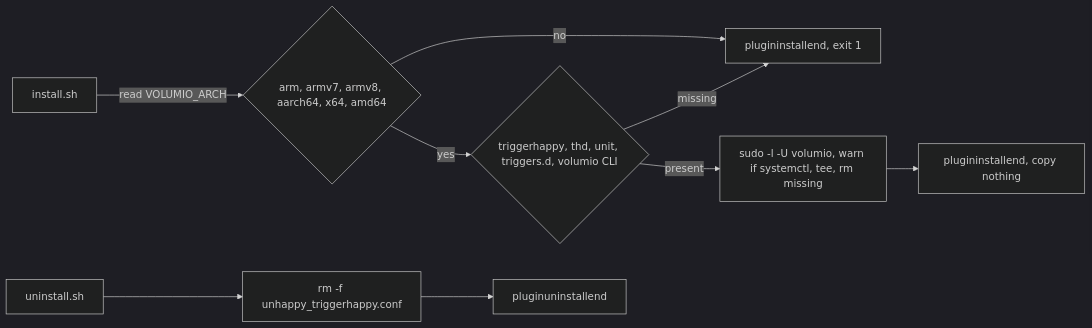
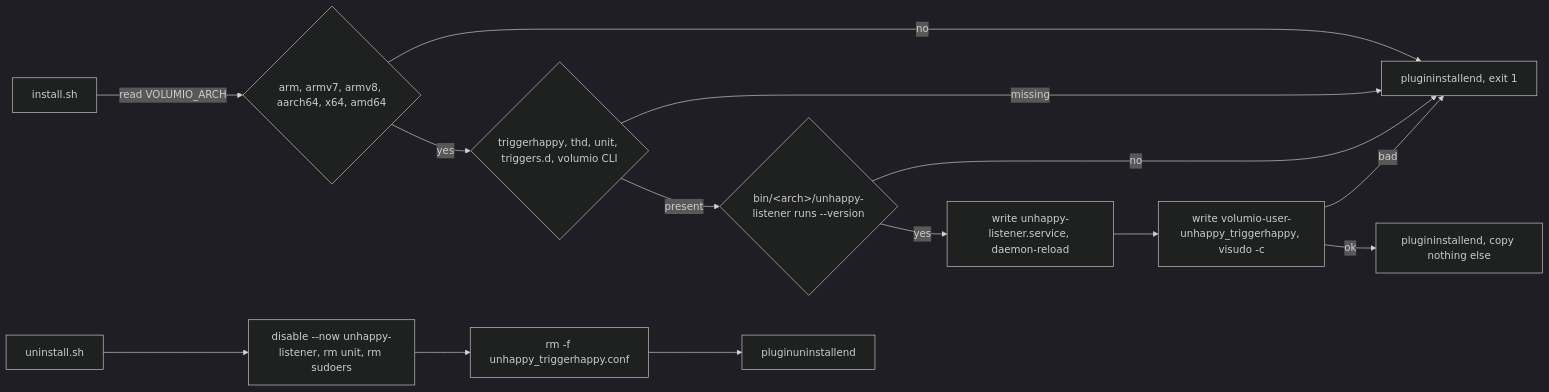
Before and after one commit to foonerd/unhappy: the sixth of 7 diagrams in README.md, drawn with Mermaid (dark theme). The commit also changed other lines of this file and 1 other file, not shown here.

Commit message:
docs: the listener, the sudoers file, the release train, and updating

````diff
--- a/README.md
+++ b/README.md
@@ -116,11 +181,16 @@
 ```mermaid
 flowchart LR
   INSTALL["install.sh"] -->|"read VOLUMIO_ARCH"| ARCH{"arm, armv7, armv8, aarch64, x64, amd64"}
   ARCH -->|no| FAIL["plugininstallend, exit 1"]
   ARCH -->|yes| DEPS{"triggerhappy, thd, unit, triggers.d, volumio CLI"}
   DEPS -->|missing| FAIL
-  DEPS -->|present| SUDO["sudo -l -U volumio, warn if systemctl, tee, rm missing"]
-  SUDO --> ENDI["plugininstallend, copy nothing"]
-  UNINSTALL["uninstall.sh"] --> RM["rm -f unhappy_triggerhappy.conf"]
+  DEPS -->|present| BIN{"bin/&lt;arch&gt;/unhappy-listener runs --version"}
+  BIN -->|no| FAIL
+  BIN -->|yes| UNIT["write unhappy-listener.service, daemon-reload"]
+  UNIT --> SUDO["write volumio-user-unhappy_triggerhappy, visudo -c"]
+  SUDO -->|bad| FAIL
+  SUDO -->|ok| ENDI["plugininstallend, copy nothing else"]
+  UNINSTALL["uninstall.sh"] --> STOP["disable --now unhappy-listener, rm unit, rm sudoers"]
+  STOP --> RM["rm -f unhappy_triggerhappy.conf"]
   RM --> ENDU["pluginuninstallend"]
 ```
````
